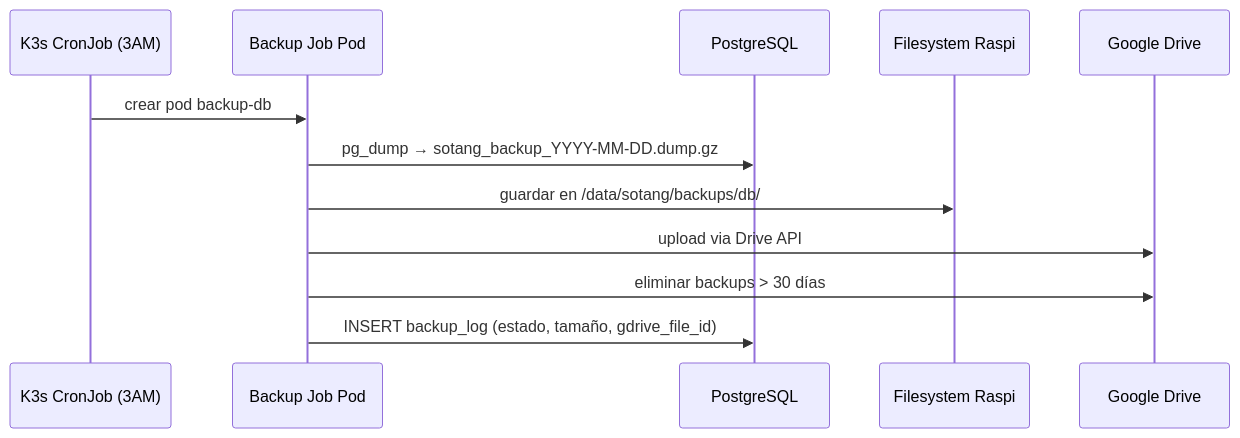
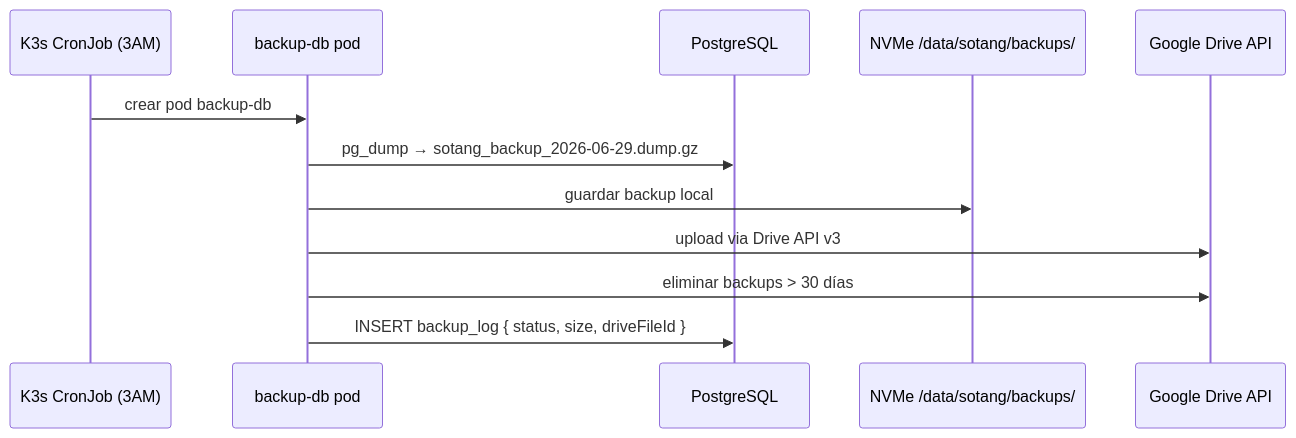
The fifth of 8 diagrams in arquitectura/data-flows.md (root-jeff/Sotang-Documentation), drawn with Mermaid before and after one commit. The commit also changed other lines of this file and 17 other files, not shown here.

````diff
--- a/arquitectura/data-flows.md
+++ b/arquitectura/data-flows.md
@@ -91,15 +94,15 @@
 ```mermaid
 sequenceDiagram
     participant K3S as K3s CronJob (3AM)
-    participant JOB as Backup Job Pod
+    participant JOB as backup-db pod
     participant DB as PostgreSQL
-    participant FS as Filesystem Raspi
-    participant GD as Google Drive
+    participant FS as NVMe /data/sotang/backups/
+    participant GD as Google Drive API
 
     K3S->>JOB: crear pod backup-db
-    JOB->>DB: pg_dump → sotang_backup_YYYY-MM-DD.dump.gz
-    JOB->>FS: guardar en /data/sotang/backups/db/
-    JOB->>GD: upload via Drive API
+    JOB->>DB: pg_dump → sotang_backup_2026-06-29.dump.gz
+    JOB->>FS: guardar backup local
+    JOB->>GD: upload via Drive API v3
     JOB->>GD: eliminar backups > 30 días
-    JOB->>DB: INSERT backup_log (estado, tamaño, gdrive_file_id)
+    JOB->>DB: INSERT backup_log { status, size, driveFileId }
 ```
````
